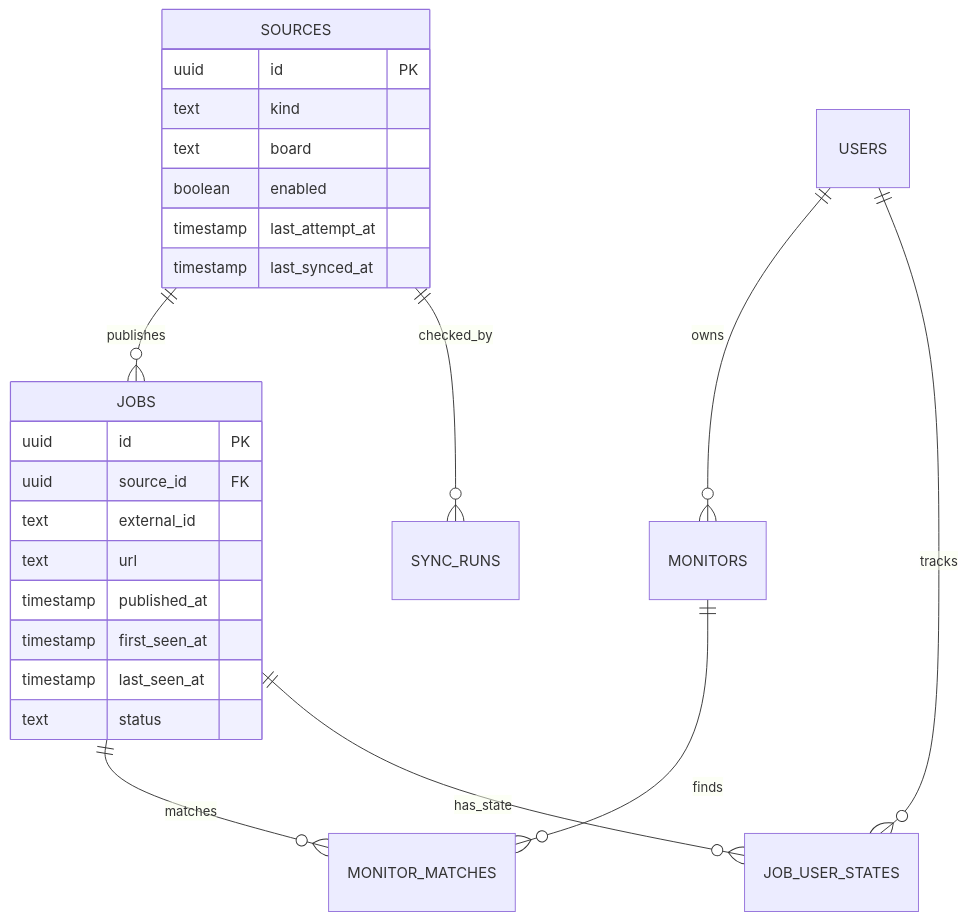
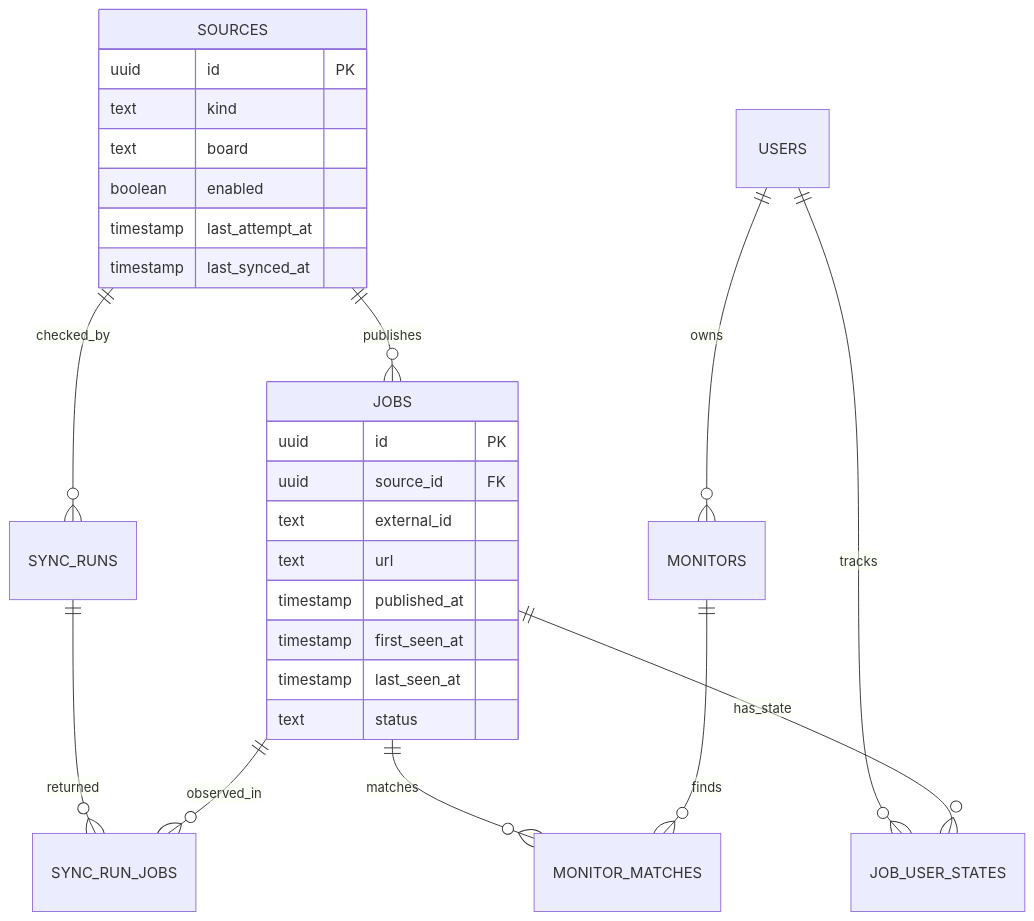
One commit to ifham-mohamed/connect changed the second of 2 diagrams in docs/architecture.md. Above: the diagram before and after it, drawn with Mermaid. The commit also changed other lines of this file and 12 other files, not shown here.

Commit message:
Link collection runs to discovered jobs

````diff
--- a/docs/architecture.md
+++ b/docs/architecture.md
@@ -37,28 +37,30 @@
 ```mermaid
 erDiagram
   SOURCES ||--o{ JOBS : publishes
   SOURCES ||--o{ SYNC_RUNS : checked_by
+  SYNC_RUNS ||--o{ SYNC_RUN_JOBS : returned
+  JOBS ||--o{ SYNC_RUN_JOBS : observed_in
   JOBS ||--o{ MONITOR_MATCHES : matches
   MONITORS ||--o{ MONITOR_MATCHES : finds
   USERS ||--o{ MONITORS : owns
   USERS ||--o{ JOB_USER_STATES : tracks
   JOBS ||--o{ JOB_USER_STATES : has_state
   SOURCES {
     uuid id PK
     text kind
     text board
     boolean enabled
     timestamp last_attempt_at
     timestamp last_synced_at
   }
   JOBS {
     uuid id PK
     uuid source_id FK
     text external_id
     text url
     timestamp published_at
     timestamp first_seen_at
     timestamp last_seen_at
     text status
   }
 ```
````
